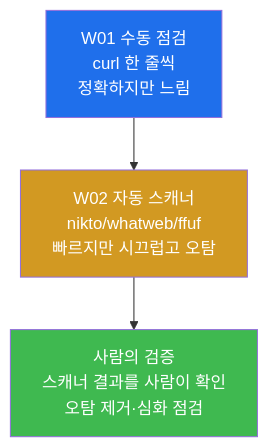
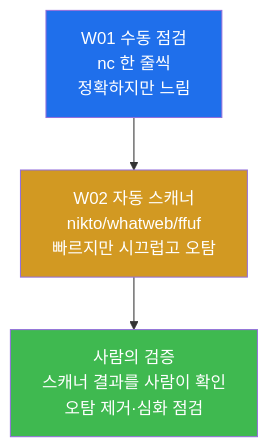
One commit to mrgrit/tw2 changed the first of 6 diagrams in contents/training/web-vuln/lecture_week02.md. Above: the diagram before and after it, drawn with Mermaid. The commit also changed other lines of this file and 45 other files, not shown here.

````diff
--- a/contents/training/web-vuln/lecture_week02.md
+++ b/contents/training/web-vuln/lecture_week02.md
@@ -85,10 +85,10 @@
 ```mermaid
 graph TD
-    W01["W01 수동 점검<br/>curl 한 줄씩<br/>정확하지만 느림"]
+    W01["W01 수동 점검<br/>nc 한 줄씩<br/>정확하지만 느림"]
     W02["W02 자동 스캐너<br/>nikto/whatweb/ffuf<br/>빠르지만 시끄럽고 오탐"]
     HUMAN["사람의 검증<br/>스캐너 결과를 사람이 확인<br/>오탐 제거·심화 점검"]
     W01 --> W02 --> HUMAN
     style W01 fill:#1f6feb,color:#fff
     style W02 fill:#d29922,color:#fff
     style HUMAN fill:#3fb950,color:#fff
 ```
````
